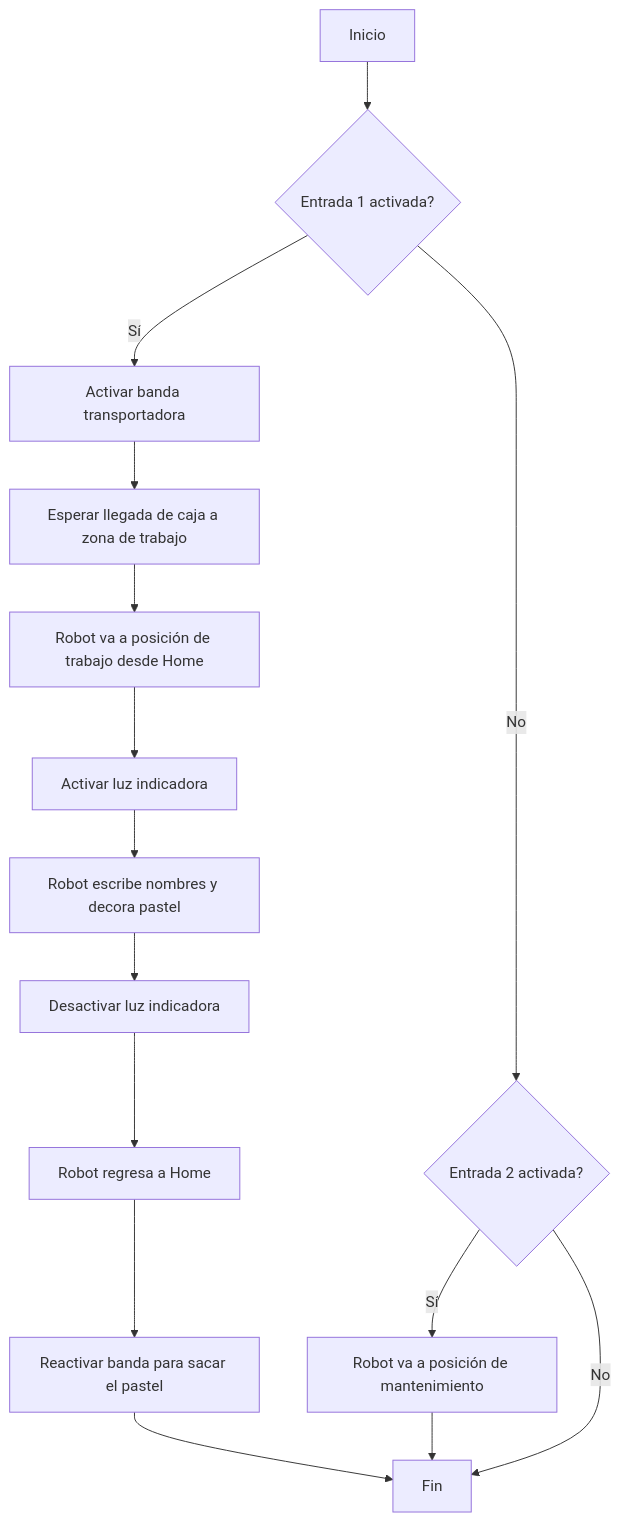
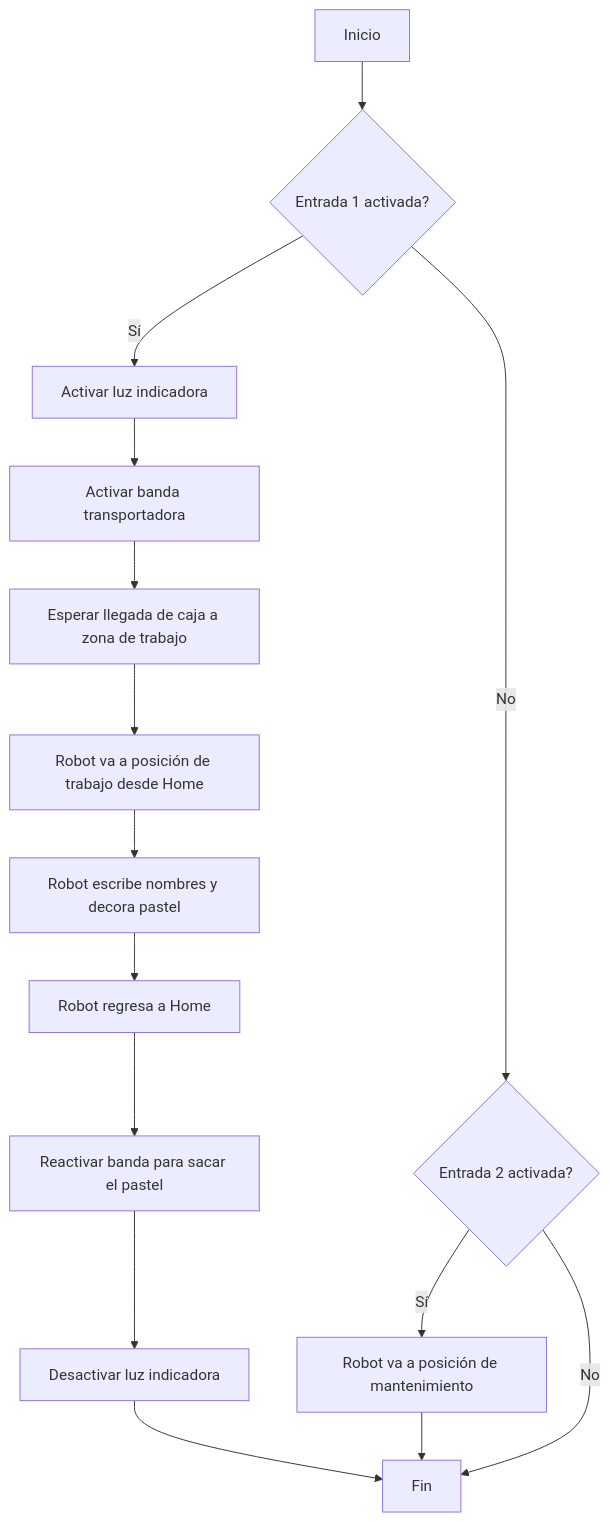
One commit to SirSantiago93/Lab2RoboticaIndustrial changed the diagram in README.md. Above: the diagram before and after it, drawn with Mermaid.

````diff
--- a/README.md
+++ b/README.md
@@ -6,18 +6,18 @@
 ```mermaid
 flowchart TD
     A[Inicio] --> B{Entrada 1 activada?}
-    B -- Sí --> C[Activar banda transportadora]
-    C --> D[Esperar llegada de caja a zona de trabajo]
-    D --> E[Robot va a posición de trabajo desde Home]
-    E --> F[Activar luz indicadora]
+    B -- Sí --> C[Activar luz indicadora]
+    C --> D[Activar banda transportadora]
+    D --> E[Esperar llegada de caja a zona de trabajo]
+    E --> F[Robot va a posición de trabajo desde Home]
     F --> G[Robot escribe nombres y decora pastel]
-    G --> H[Desactivar luz indicadora]
-    H --> I[Robot regresa a Home]
-    I --> J[Reactivar banda para sacar el pastel]
+    G --> H[Robot regresa a Home]
+    H --> I[Reactivar banda para sacar el pastel]
+    I --> J[Desactivar luz indicadora]
     J --> K[Fin]
 
     B -- No --> L{Entrada 2 activada?}
     L -- Sí --> M[Robot va a posición de mantenimiento]
     M --> K
     L -- No --> K
 ```
````
